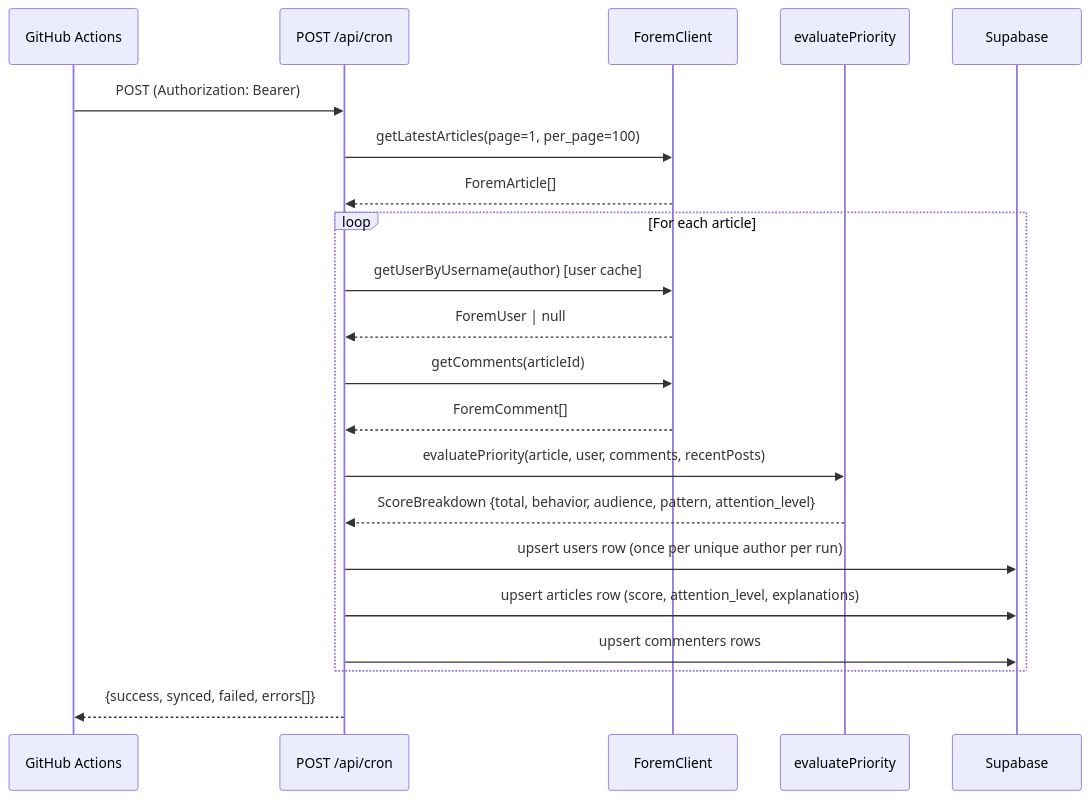
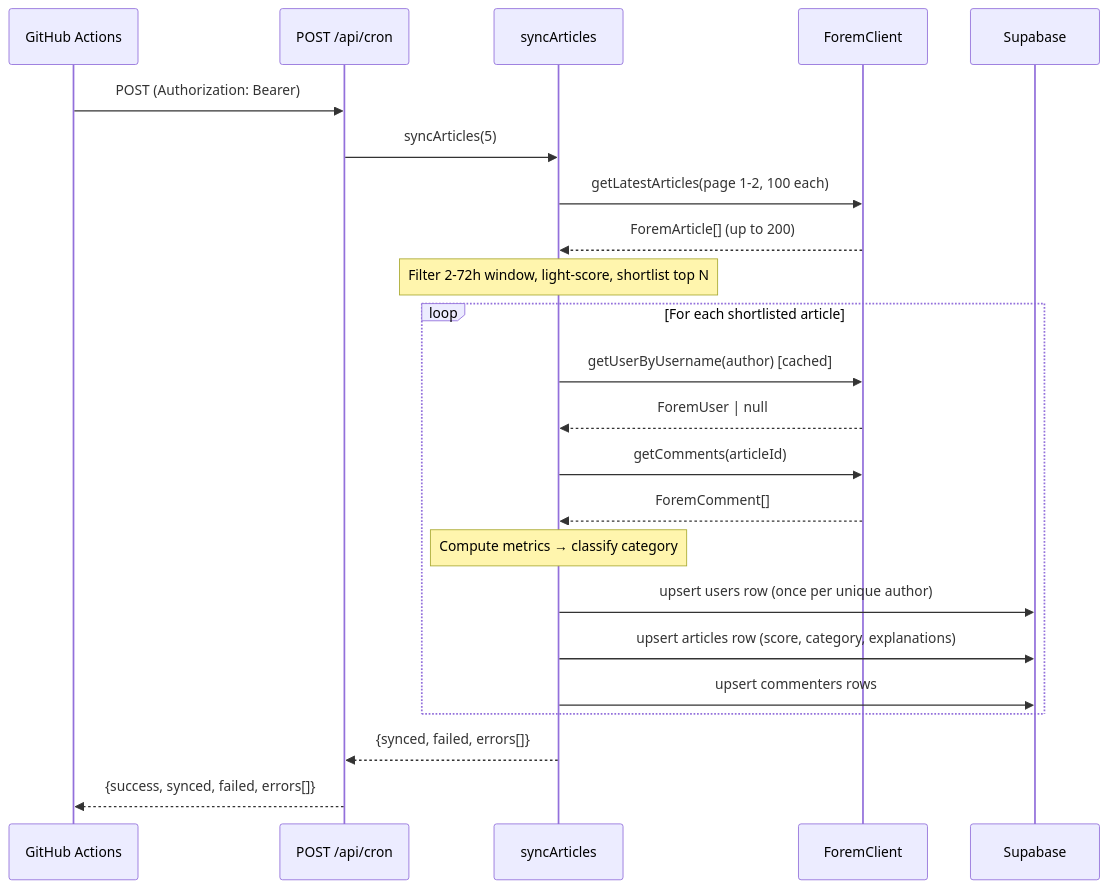
The second of 3 diagrams in README.md (ChecKMarKDevTools/dev-community-dashboard), drawn with Mermaid before and after one commit. The commit also changed other lines of this file and 45 other files, not shown here.

````diff
--- a/README.md
+++ b/README.md
@@ -38,26 +40,28 @@
 ```mermaid
 sequenceDiagram
   participant GHA as GitHub Actions
   participant Cron as POST /api/cron
+  participant Sync as syncArticles
   participant FC as ForemClient
-  participant Score as evaluatePriority
   participant SB as Supabase
 
   GHA->>Cron: POST (Authorization: Bearer)
-  Cron->>FC: getLatestArticles(page=1, per_page=100)
-  FC-->>Cron: ForemArticle[]
+  Cron->>Sync: syncArticles(5)
+  Sync->>FC: getLatestArticles(page 1-2, 100 each)
+  FC-->>Sync: ForemArticle[] (up to 200)
+  Note over Sync: Filter 2-72h window, light-score, shortlist top N
 
-  loop For each article
-    Cron->>FC: getUserByUsername(author) [user cache]
-    FC-->>Cron: ForemUser | null
-    Cron->>FC: getComments(articleId)
-    FC-->>Cron: ForemComment[]
-    Cron->>Score: evaluatePriority(article, user, comments, recentPosts)
-    Score-->>Cron: ScoreBreakdown {total, behavior, audience, pattern, attention_level}
-    Cron->>SB: upsert users row (once per unique author per run)
-    Cron->>SB: upsert articles row (score, attention_level, explanations)
-    Cron->>SB: upsert commenters rows
+  loop For each shortlisted article
+    Sync->>FC: getUserByUsername(author) [cached]
+    FC-->>Sync: ForemUser | null
+    Sync->>FC: getComments(articleId)
+    FC-->>Sync: ForemComment[]
+    Note over Sync: Compute metrics → classify category
+    Sync->>SB: upsert users row (once per unique author)
+    Sync->>SB: upsert articles row (score, category, explanations)
+    Sync->>SB: upsert commenters rows
   end
 
+  Sync-->>Cron: {synced, failed, errors[]}
   Cron-->>GHA: {success, synced, failed, errors[]}
 ```
````
